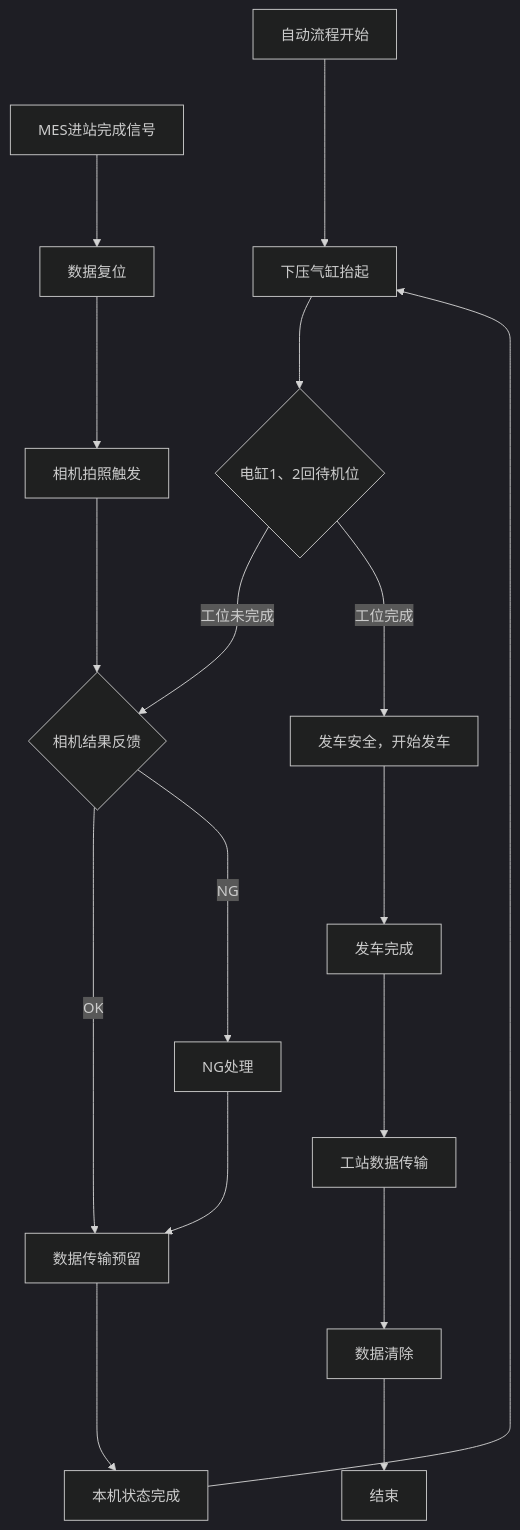
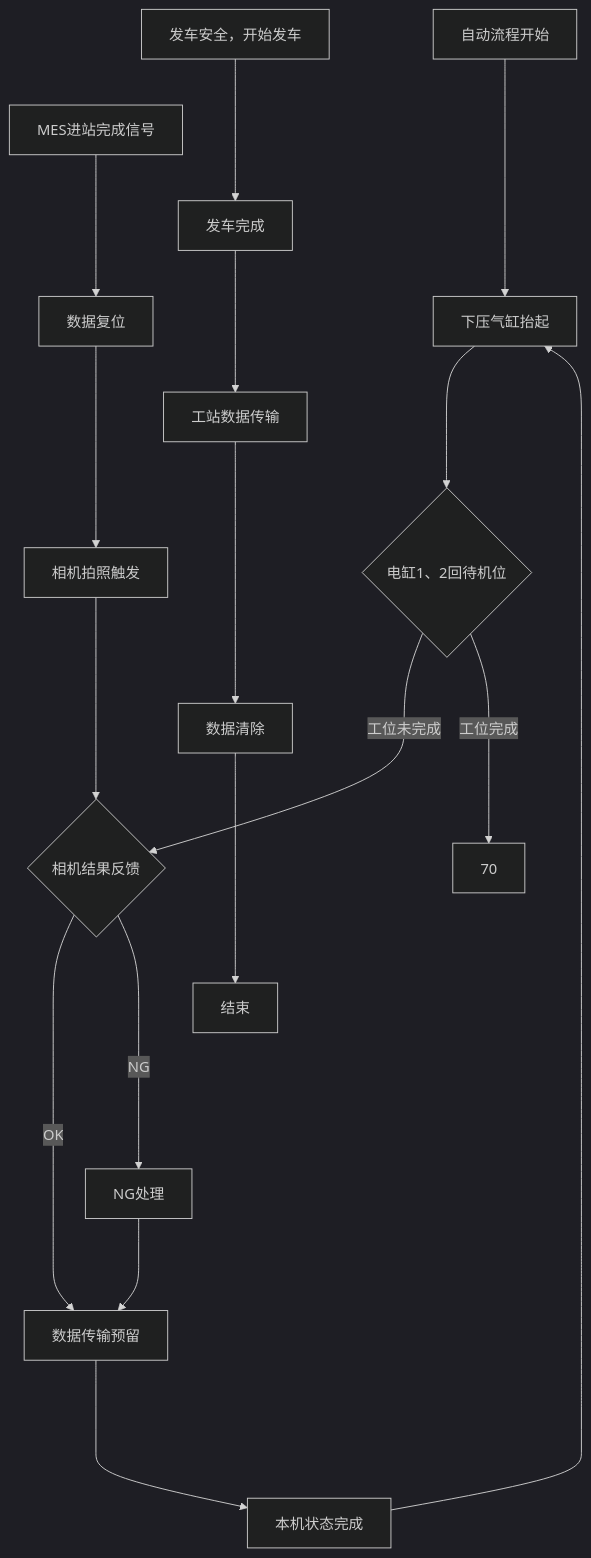
The diagram in all/OP80穿端子1.md (zmq000/iodraw-files), drawn with Mermaid (dark theme) before and after one commit.

Commit message:
2026-06-17 19:17:46 update

````diff
--- a/all/OP80穿端子1.md
+++ b/all/OP80穿端子1.md
@@ -1,20 +1,20 @@
 ```mermaid
 graph TD
 自动流程开始---->10
 10[下压气缸抬起]--->20
 20{电缸1、2回待机位}--->|工位未完成|130
-20--->|工位完成|200
-100[MES进站完成信号]--->110
+20--->|工位完成|70
+30[MES进站完成信号]--->110
 110[数据复位]--->120
 120[相机拍照触发]--->130
 130{相机结果反馈}--->|OK|150
 130---->|NG|140
 140[NG处理]--->150
 150[数据传输预留]---->160
 160[本机状态完成]--->10
 200[发车安全，开始发车]--->210
 210[发车完成]--->220
 220[工站数据传输]--->230
 230[数据清除]--->240
 240[结束]
 ```
````
